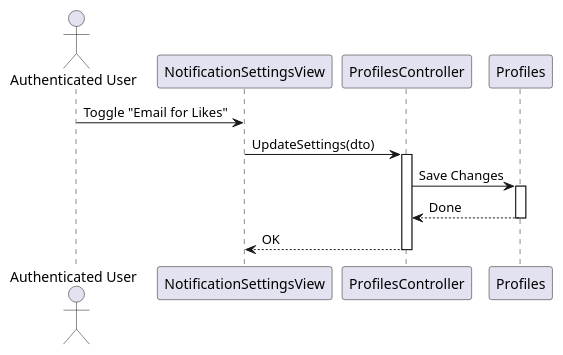
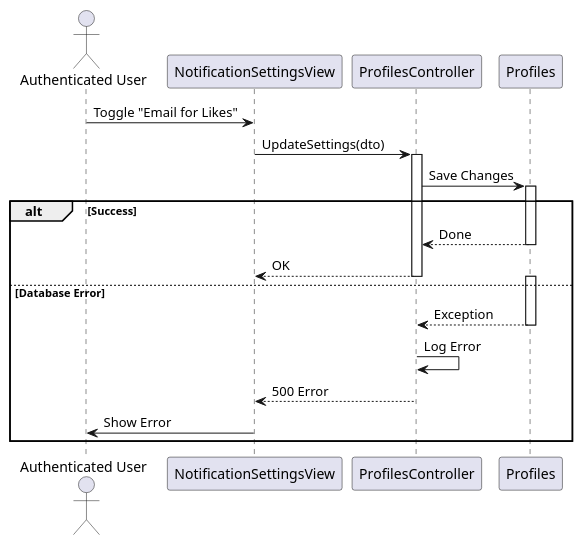
One commit to I-Love-U-3000/Favi-BE changed the tenth of 10 diagrams in UC_2.1.8_Monitor_Notification.md. Above: the diagram before and after it, drawn with PlantUML. The commit also changed other lines of this file and 4 other files, not shown here.

````diff
--- a/UC_2.1.8_Monitor_Notification.md
+++ b/UC_2.1.8_Monitor_Notification.md
@@ -358,18 +384,28 @@
 ```plantuml
 @startuml
 actor "Authenticated User" as User
 participant "NotificationSettingsView" as View
 participant "ProfilesController" as Controller
 participant "Profiles" as DB
 
 User -> View: Toggle "Email for Likes"
 View -> Controller: UpdateSettings(dto)
 activate Controller
 Controller -> DB: Save Changes
 activate DB
-DB --> Controller: Done
-deactivate DB
-Controller --> View: OK
-deactivate Controller
+alt Success
+    DB --> Controller: Done
+    deactivate DB
+    Controller --> View: OK
+    deactivate Controller
+else Database Error
+    activate DB
+    DB --> Controller: Exception
+    deactivate DB
+    Controller -> Controller: Log Error
+    Controller --> View: 500 Error
+    deactivate Controller
+    View -> User: Show Error
+end
 @enduml
 ```
````
